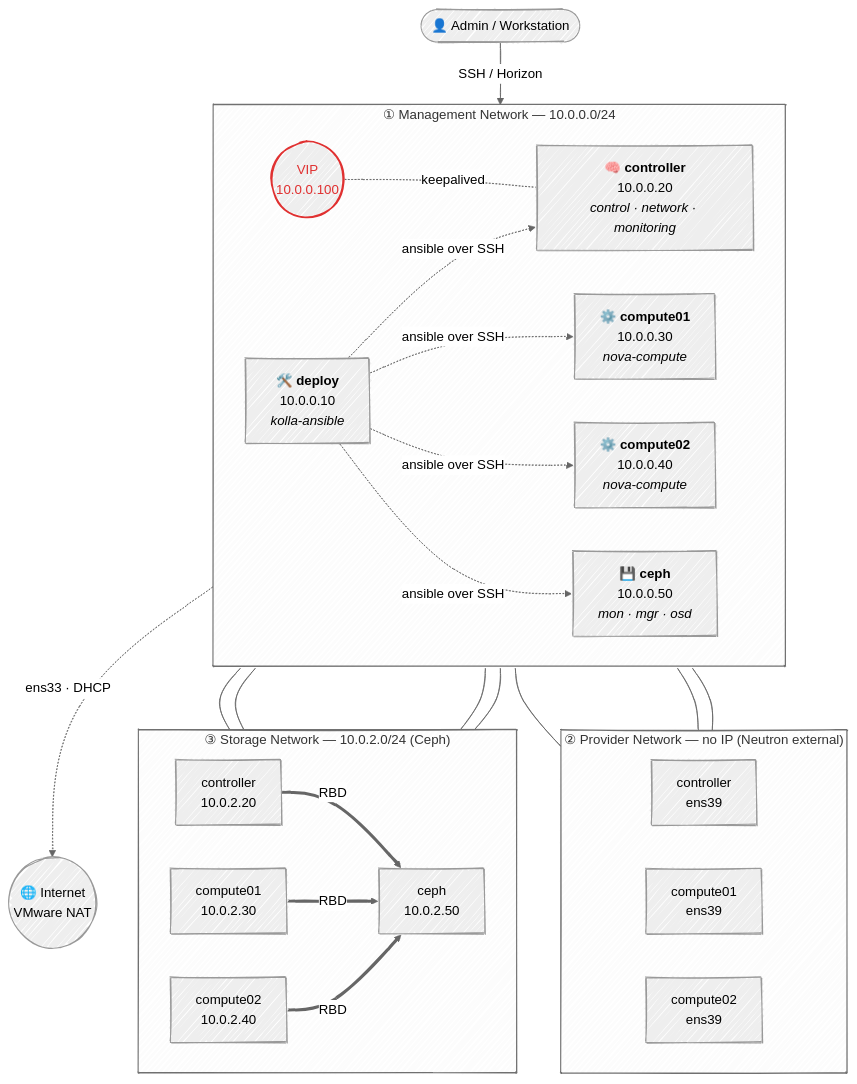
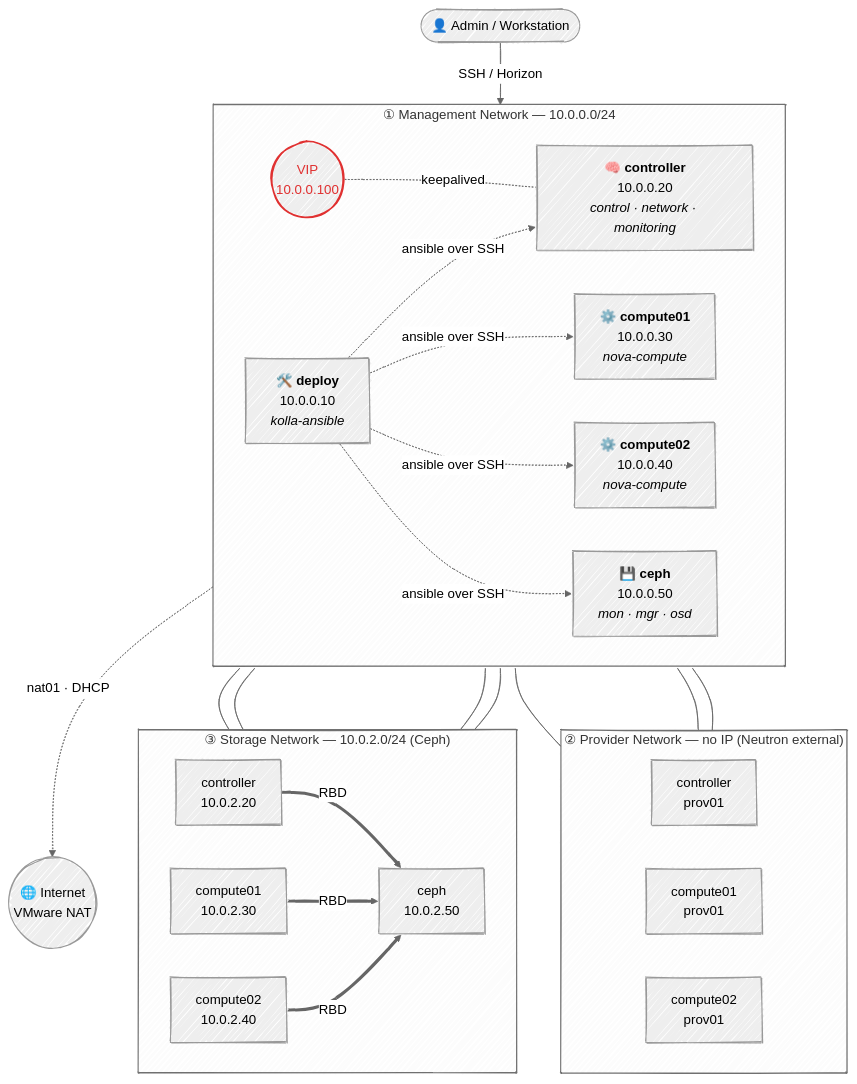
One commit to MarouaneBouaricha/openstack-homelab changed the diagram in README.md. Above: the diagram before and after it, drawn with Mermaid. The commit also changed other lines of this file and 1 other file, not shown here.

````diff
--- a/README.md
+++ b/README.md
@@ -9,54 +9,54 @@
 ```mermaid
 ---
 config:
   look: handDrawn
   theme: neutral
 ---
 flowchart TB
     admin(["👤 Admin / Workstation"])
     internet(("🌐 Internet<br/>VMware NAT"))
 
     subgraph MGMT["① Management Network — 10.0.0.0/24"]
         direction LR
         deploy["🛠️ <b>deploy</b><br/>10.0.0.10<br/><i>kolla-ansible</i>"]
         vip(("VIP<br/>10.0.0.100"))
         controller["🧠 <b>controller</b><br/>10.0.0.20<br/><i>control · network · monitoring</i>"]
         compute01["⚙️ <b>compute01</b><br/>10.0.0.30<br/><i>nova-compute</i>"]
         compute02["⚙️ <b>compute02</b><br/>10.0.0.40<br/><i>nova-compute</i>"]
         ceph["💾 <b>ceph</b><br/>10.0.0.50<br/><i>mon · mgr · osd</i>"]
     end
 
     subgraph PROVIDER["② Provider Network — no IP (Neutron external)"]
         direction LR
-        p_ctl["controller<br/>ens39"]
-        p_c1["compute01<br/>ens39"]
-        p_c2["compute02<br/>ens39"]
+        p_ctl["controller<br/>prov01"]
+        p_c1["compute01<br/>prov01"]
+        p_c2["compute02<br/>prov01"]
     end
 
     subgraph STORAGE["③ Storage Network — 10.0.2.0/24 (Ceph)"]
         direction LR
         s_ctl["controller<br/>10.0.2.20"]
         s_c1["compute01<br/>10.0.2.30"]
         s_c2["compute02<br/>10.0.2.40"]
         s_ceph["ceph<br/>10.0.2.50"]
     end
 
     admin -- "SSH / Horizon" --> vip
     deploy -. "ansible over SSH" .-> controller & compute01 & compute02 & ceph
     vip -. "keepalived" .- controller
 
     controller --- p_ctl
     compute01 --- p_c1
     compute02 --- p_c2
 
     controller --- s_ctl
     compute01 --- s_c1
     compute02 --- s_c2
     ceph --- s_ceph
     s_ctl & s_c1 & s_c2 == "RBD" ==> s_ceph
 
-    MGMT -. "ens33 · DHCP" .-> internet
+    MGMT -. "nat01 · DHCP" .-> internet
 
     classDef vipStyle stroke:#e03131,color:#e03131,stroke-width:2px
     class vip vipStyle
 ```
````
